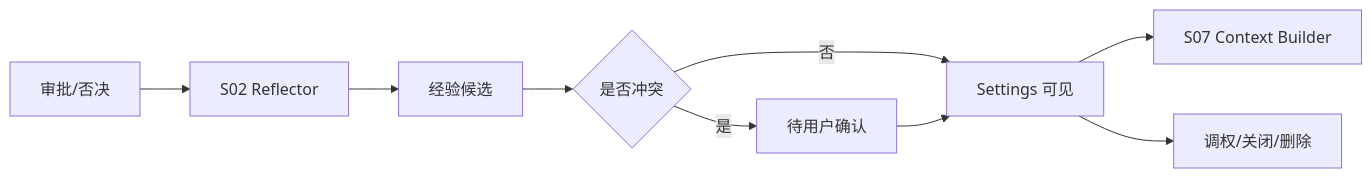
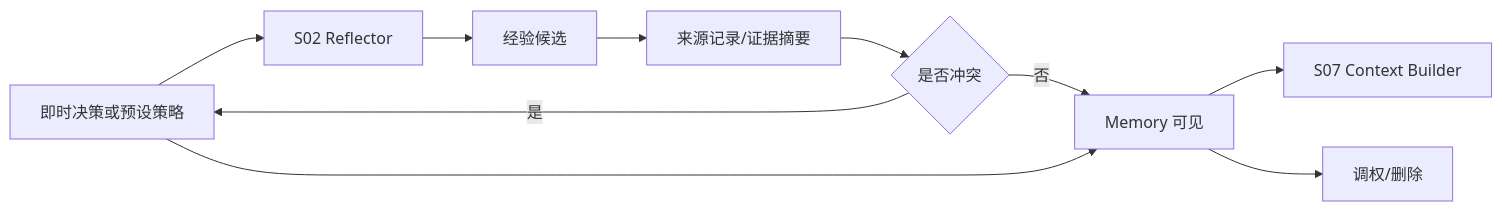
Before and after one commit to jinhuang712/open-novel: the diagram in spec/M12-memory-learning-management.md, drawn with Mermaid. The commit also changed other lines of this file and 79 other files, not shown here.

````diff
--- a/spec/M12-memory-learning-management.md
+++ b/spec/M12-memory-learning-management.md
@@ -18,11 +30,12 @@
 ```mermaid
 flowchart LR
   Decision[审批/否决] --> Reflector[S02 Reflector]
   Reflector --> Learning[经验候选]
-  Learning --> Conflict{是否冲突}
-  Conflict -->|否| Visible[Settings 可见]
-  Conflict -->|是| Pending[待用户确认]
-  Pending --> Visible
+  Learning --> Source[来源记录/证据摘要]
+  Source --> Conflict{是否冲突}
+  Conflict -->|否| Visible[Memory 可见]
+  Conflict -->|是| Decision[即时决策或预设策略]
+  Decision --> Visible
   Visible --> Context[S07 Context Builder]
-  Visible --> UserAction[调权/关闭/删除]
+  Visible --> UserAction[调权/删除]
 ```
````
